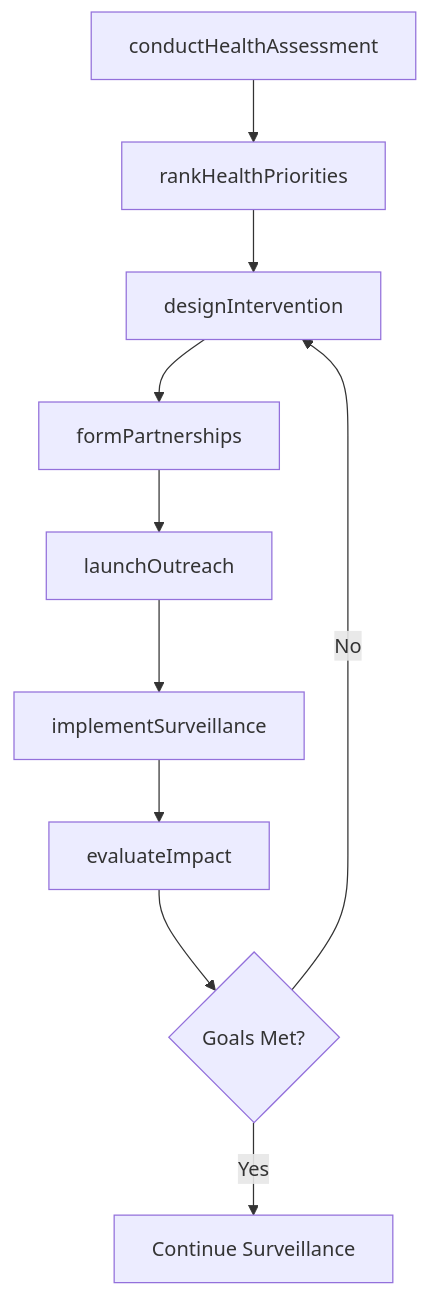
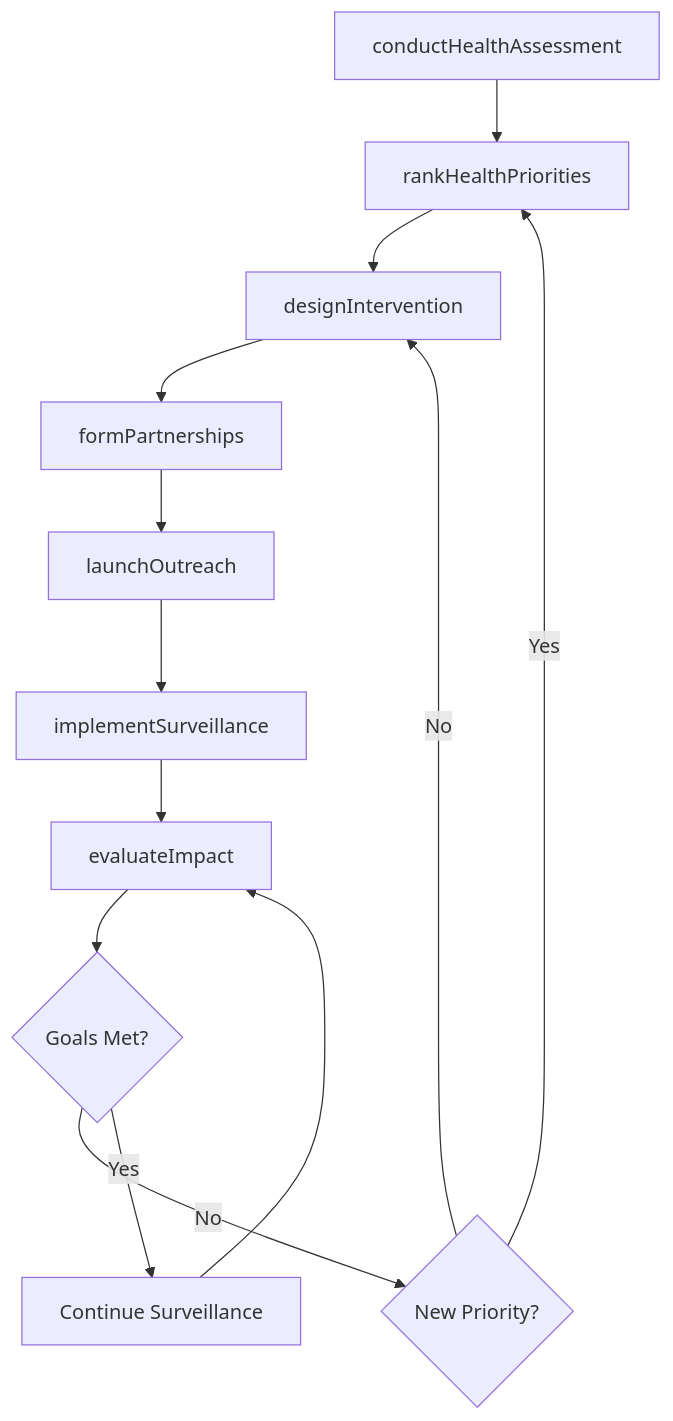
Before and after one commit to dot-org-ai/tasks.org.ai: the third of 4 diagrams in ThinkingCreatively/DevelopPublicOrCommunityHealthPrograms/PlanProgramsAddressCommunityHealth.mdx, drawn with Mermaid. The commit also changed other lines of this file and 504 other files, not shown here.

First line of the commit message:
feat: Add ER diagrams, state diagrams, and workflow improvements to 96 DWA task files

````diff
--- a/ThinkingCreatively/DevelopPublicOrCommunityHealthPrograms/PlanProgramsAddressCommunityHealth.mdx
+++ b/ThinkingCreatively/DevelopPublicOrCommunityHealthPrograms/PlanProgramsAddressCommunityHealth.mdx
@@ -87,12 +117,15 @@
 ```mermaid
 graph TD
     A[conductHealthAssessment] --> B[rankHealthPriorities]
     B --> C[designIntervention]
     C --> D[formPartnerships]
     D --> E[launchOutreach]
     E --> F[implementSurveillance]
     F --> G[evaluateImpact]
     G --> H{Goals Met?}
-    H -->|No| C
-    H -->|Yes| I[Continue Surveillance]
+    H -->|No| I{New Priority?}
+    I -->|Yes| B
+    I -->|No| C
+    H -->|Yes| J[Continue Surveillance]
+    J --> G
 ```
````
